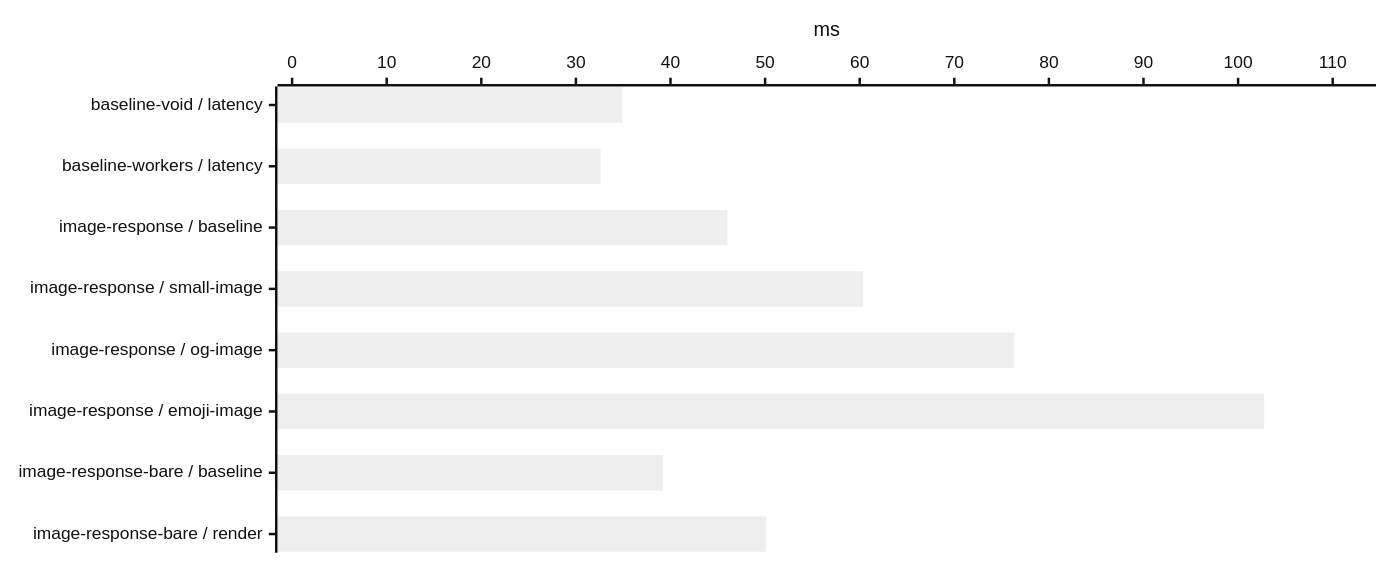
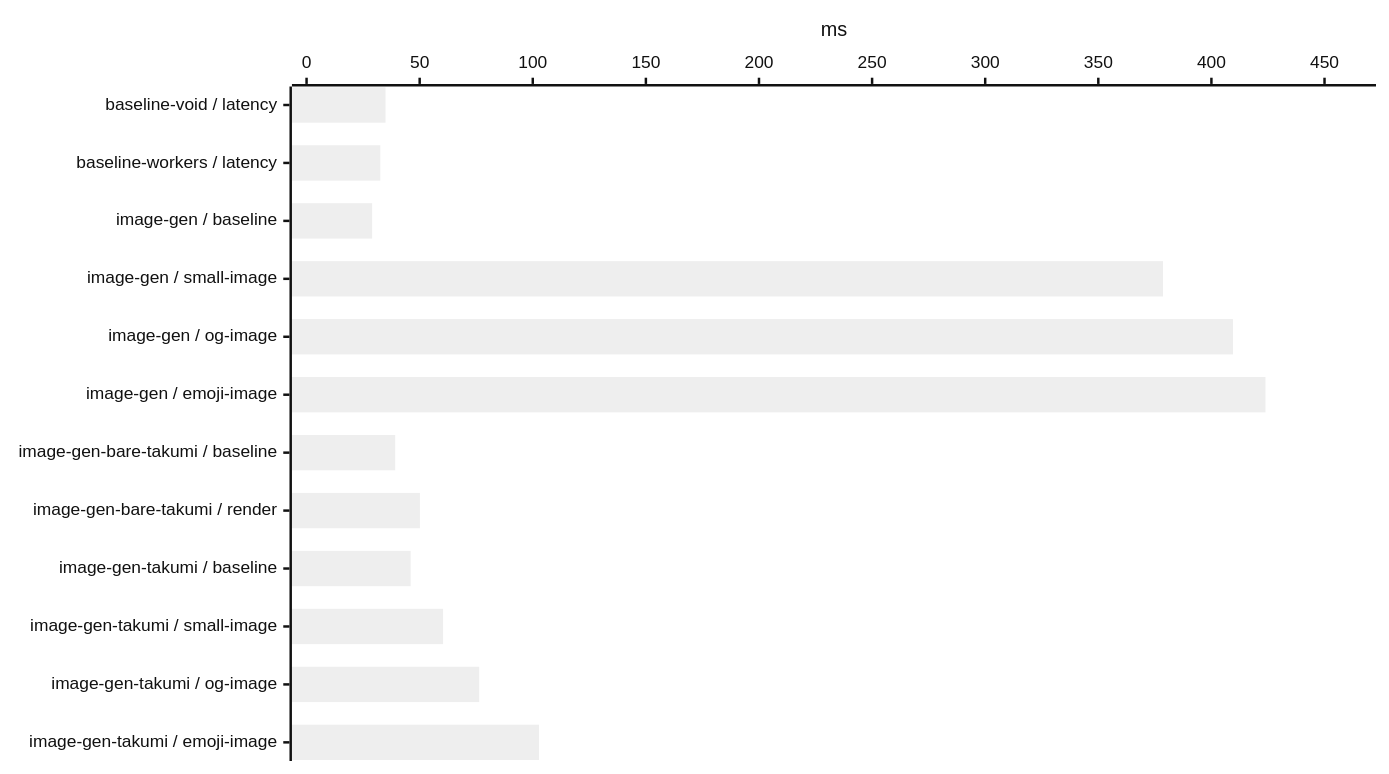
Before and after one commit to voidzero-dev/void: the ninth of 25 diagrams in benchmark/report.md, drawn with Mermaid (neutral theme). The commit also changed other lines of this file and 41 other files, not shown here.

````diff
--- a/benchmark/report.md
+++ b/benchmark/report.md
@@ -182,12 +185,12 @@
 ```mermaid
 ---
 config:
   xyChart:
     width: 1100
-    height: 436
+    height: 604
 ---
 xychart-beta horizontal
-    x-axis ["baseline-void / latency", "baseline-workers / latency", "image-response / baseline", "image-response / small-image", "image-response / og-image", "image-response / emoji-image", "image-response-bare / baseline", "image-response-bare / render"]
-    y-axis "ms" 0 --> 113.03279
-    bar [34.899521, 32.608521, 46.007625, 60.355854, 76.304563, 102.75708, 39.187209, 50.10598]
+    x-axis ["baseline-void / latency", "baseline-workers / latency", "image-gen / baseline", "image-gen / small-image", "image-gen / og-image", "image-gen / emoji-image", "image-gen-bare-takumi / baseline", "image-gen-bare-takumi / render", "image-gen-takumi / baseline", "image-gen-takumi / small-image", "image-gen-takumi / og-image", "image-gen-takumi / emoji-image"]
+    y-axis "ms" 0 --> 466.29667
+    bar [34.899521, 32.608521, 28.991292, 378.60019, 409.52396, 423.90606, 39.187209, 50.10598, 46.007625, 60.355854, 76.304563, 102.75708]
 ```
````
